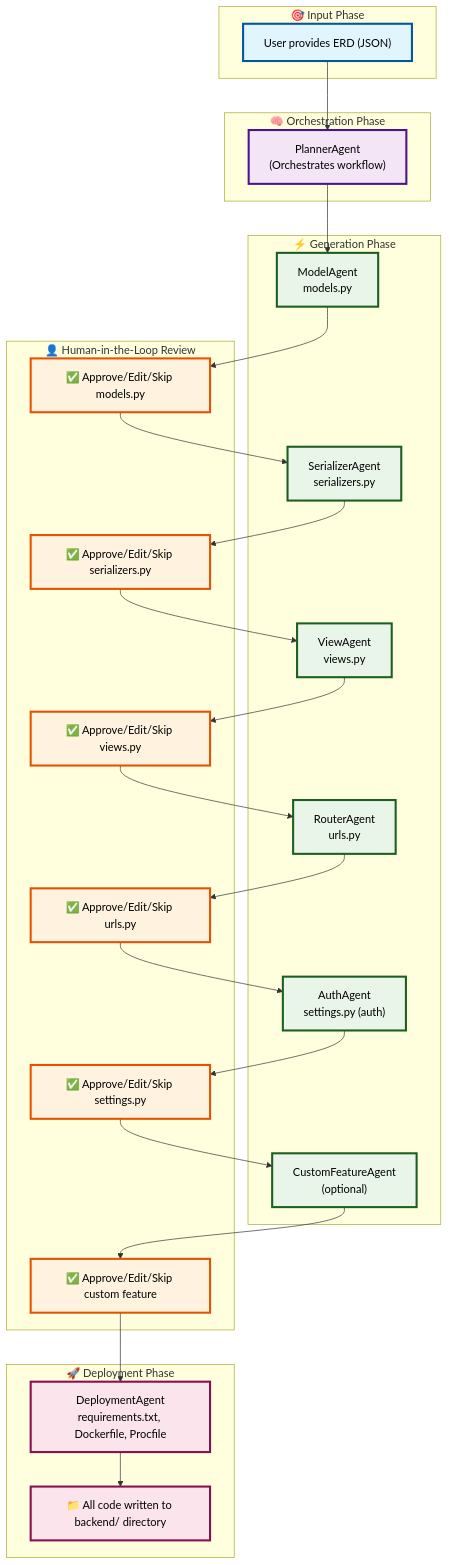
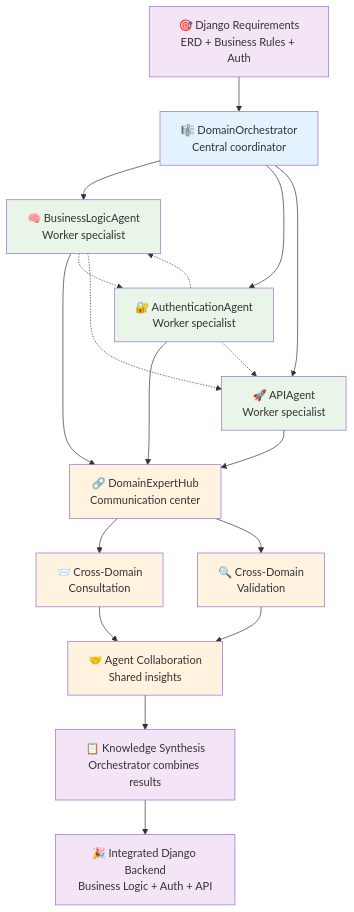
Before and after one commit to MohibShaikh/Agentic-Django-Backend-Generator: the diagram in README.md, drawn with Mermaid.

````diff
--- a/README.md
+++ b/README.md
@@ -178,55 +178,39 @@
 ```mermaid
-flowchart TD
-    subgraph Input["🎯 Input Phase"]
-        A["User provides ERD (JSON)"]
-    end
-
-    subgraph Orchestration["🧠 Orchestration Phase"]
-        B["PlannerAgent<br/>(Orchestrates workflow)"]
-    end
-
-    subgraph Generation["⚡ Generation Phase"]
-        C1["ModelAgent<br/>models.py"]
-        C2["SerializerAgent<br/>serializers.py"]
-        C3["ViewAgent<br/>views.py"]
-        C4["RouterAgent<br/>urls.py"]
-        C5["AuthAgent<br/>settings.py (auth)"]
-        C6["CustomFeatureAgent<br/>(optional)"]
-    end
-
-    subgraph HITL_Review["👤 Human-in-the-Loop Review"]
-        D1["✅ Approve/Edit/Skip models.py"]
-        D2["✅ Approve/Edit/Skip serializers.py"]
-        D3["✅ Approve/Edit/Skip views.py"]
-        D4["✅ Approve/Edit/Skip urls.py"]
-        D5["✅ Approve/Edit/Skip settings.py"]
-        D6["✅ Approve/Edit/Skip custom feature"]
-    end
-
-    subgraph Deployment["🚀 Deployment Phase"]
-        E["DeploymentAgent<br/>requirements.txt, Dockerfile, Procfile"]
-        F["📁 All code written to backend/ directory"]
-    end
-
-    A --> B
-    B --> C1 --> D1
-    D1 --> C2 --> D2
-    D2 --> C3 --> D3
-    D3 --> C4 --> D4
-    D4 --> C5 --> D5
-    D5 --> C6 --> D6
-    D6 --> E --> F
-
-    %% Professional Styling with High Contrast
-    classDef inputNode fill:#e1f5fe,stroke:#01579b,stroke-width:3px,color:#000;
-    classDef orchestrationNode fill:#f3e5f5,stroke:#4a148c,stroke-width:3px,color:#000;
-    classDef agentNode fill:#e8f5e8,stroke:#1b5e20,stroke-width:3px,color:#000;
-    classDef hitlNode fill:#fff3e0,stroke:#e65100,stroke-width:3px,color:#000;
-    classDef deployNode fill:#fce4ec,stroke:#880e4f,stroke-width:3px,color:#000;
+graph TD
+    A["🎯 Django Requirements<br/>ERD + Business Rules + Auth"] --> B["🎼 DomainOrchestrator<br/>Central coordinator"]
     
-    class A inputNode;
-    class B orchestrationNode;
-    class C1,C2,C3,C4,C5,C6 agentNode;
-    class D1,D2,D3,D4,D5,D6 hitlNode;
-    class E,F deployNode;
+    B --> C["🧠 BusinessLogicAgent<br/>Worker specialist"]
+    B --> D["🔐 AuthenticationAgent<br/>Worker specialist"]
+    B --> E["🚀 APIAgent<br/>Worker specialist"]
+    
+    C --> F["🔗 DomainExpertHub<br/>Communication center"]
+    D --> F
+    E --> F
+    
+    F --> G["📨 Cross-Domain<br/>Consultation"]
+    F --> H["🔍 Cross-Domain<br/>Validation"]
+    
+    G --> I["🤝 Agent Collaboration<br/>Shared insights"]
+    H --> I
+    
+    I --> J["📋 Knowledge Synthesis<br/>Orchestrator combines results"]
+    
+    J --> K["🎉 Integrated Django Backend<br/>Business Logic + Auth + API"]
+    
+    %% Feedback loops
+    C -.-> D
+    D -.-> C
+    C -.-> E
+    D -.-> E
+    
+    %% Styling
+    classDef orchestrator fill:#e3f2fd
+    classDef workers fill:#e8f5e8
+    classDef communication fill:#fff3e0
+    classDef output fill:#f3e5f5
+    
+    class B orchestrator
+    class C,D,E workers
+    class F,G,H,I communication
+    class A,J,K output
 ```
````
